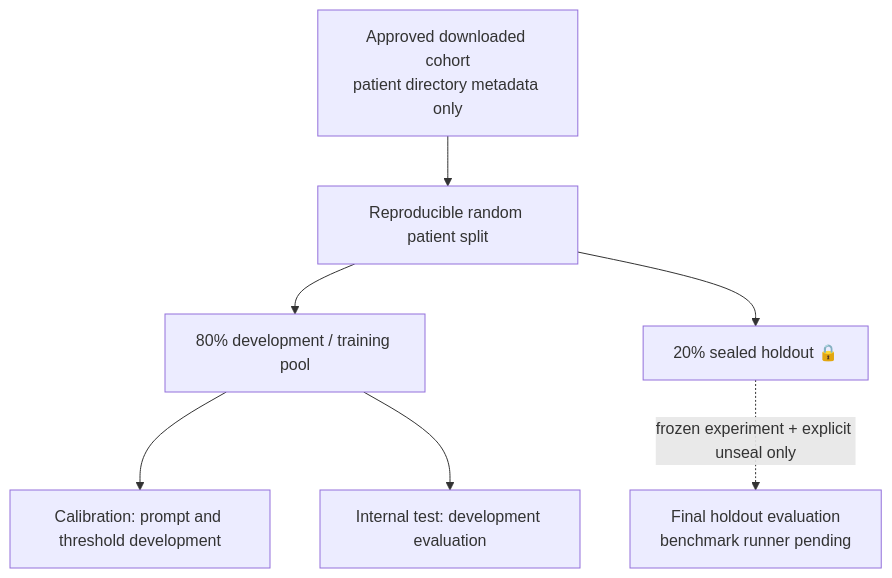
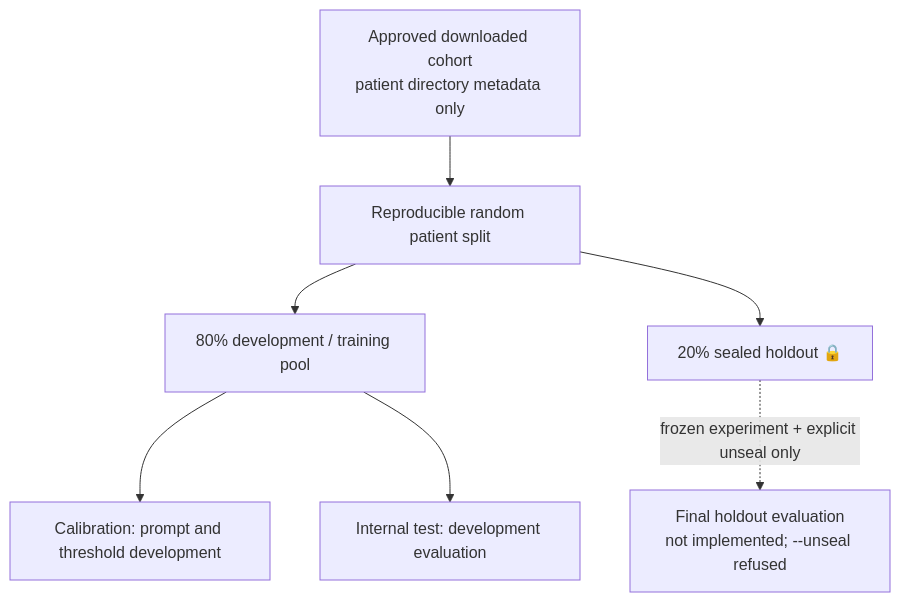
Before and after one commit to marcelpetrick/ThoraxGPT_from_Wish: the diagram in README.md, drawn with Mermaid. The commit also changed other lines of this file and 12 other files, not shown here.

````diff
--- a/README.md
+++ b/README.md
@@ -115,9 +125,9 @@
 ```mermaid
 flowchart TD
     A[Approved downloaded cohort<br/>patient directory metadata only] --> S[Reproducible random patient split]
     S --> D[80% development / training pool]
     S --> H[20% sealed holdout 🔒]
     D --> C[Calibration: prompt and threshold development]
     D --> I[Internal test: development evaluation]
-    H -. frozen experiment + explicit unseal only .-> E[Final holdout evaluation<br/>benchmark runner pending]
+    H -. frozen experiment + explicit unseal only .-> E[Final holdout evaluation<br/>not implemented; --unseal refused]
 ```
````
